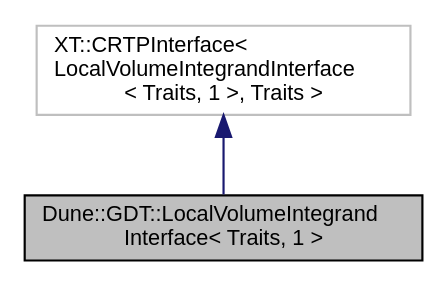
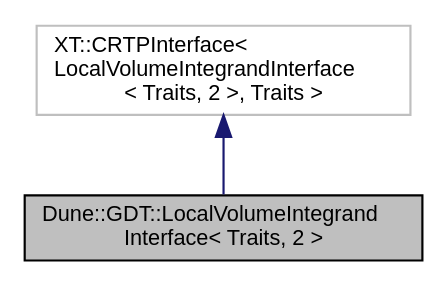
Before and after one commit to dune-community/dune-community.github.io: the diagram in docs/dune-gdt/master/a01548.dot, drawn with Graphviz. The commit also changed 2446 other files, not shown here.

Commit message:
Updated documentation for dune-gdt master

```diff
--- a/docs/dune-gdt/master/a01548.dot
+++ b/docs/dune-gdt/master/a01548.dot
@@ -1,8 +1,8 @@
-digraph "Dune::GDT::LocalVolumeIntegrandInterface&lt; Traits, 1 &gt;"
+digraph "Dune::GDT::LocalVolumeIntegrandInterface&lt; Traits, 2 &gt;"
 {
   edge [fontname="Helvetica",fontsize="10",labelfontname="Helvetica",labelfontsize="10"];
   node [fontname="Helvetica",fontsize="10",shape=record];
-  Node0 [label="Dune::GDT::LocalVolumeIntegrand\lInterface\< Traits, 1 \>",height=0.2,width=0.4,color="black", fillcolor="grey75", style="filled", fontcolor="black"];
+  Node0 [label="Dune::GDT::LocalVolumeIntegrand\lInterface\< Traits, 2 \>",height=0.2,width=0.4,color="black", fillcolor="grey75", style="filled", fontcolor="black"];
   Node1 -> Node0 [dir="back",color="midnightblue",fontsize="10",style="solid",fontname="Helvetica"];
-  Node1 [label="XT::CRTPInterface\<\l LocalVolumeIntegrandInterface\l\< Traits, 1 \>, Traits \>",height=0.2,width=0.4,color="grey75", fillcolor="white", style="filled"];
+  Node1 [label="XT::CRTPInterface\<\l LocalVolumeIntegrandInterface\l\< Traits, 2 \>, Traits \>",height=0.2,width=0.4,color="grey75", fillcolor="white", style="filled"];
 }
```
